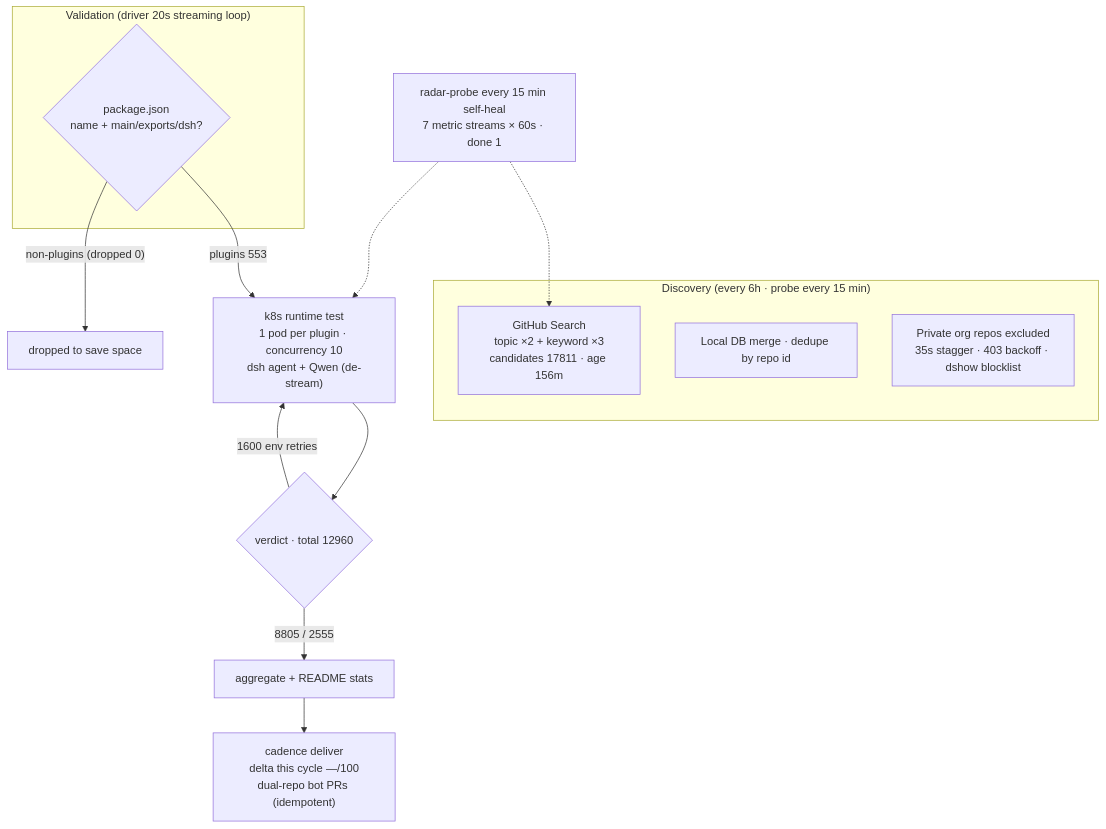
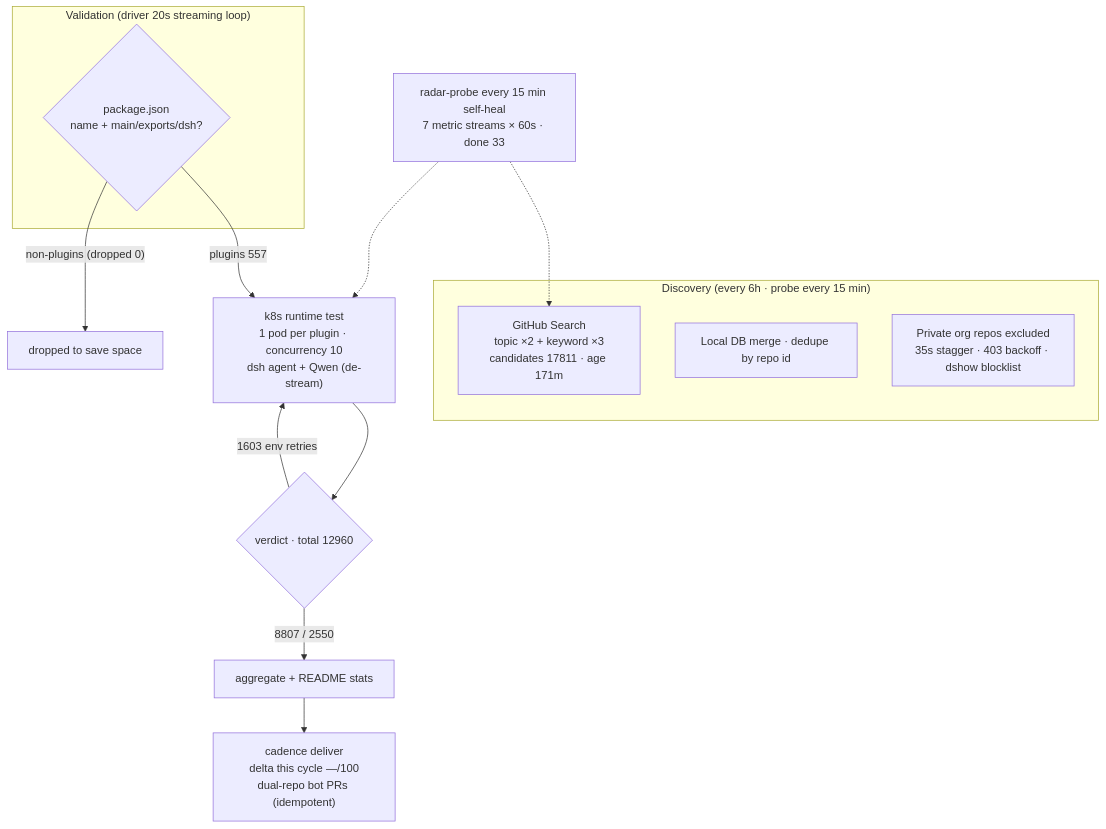
One commit to AdamPlatin123/awesome-dsh-plugins changed the diagram in README.en-US.md. Above: the diagram before and after it, drawn with Mermaid. The commit also changed other lines of this file and 5 other files, not shown here.

````diff
--- a/README.en-US.md
+++ b/README.en-US.md
@@ -45,20 +45,20 @@
 ```mermaid
 flowchart TB
     subgraph Discovery["Discovery (every 6h · probe every 15 min)"]
-        A1["GitHub Search<br/>topic ×2 + keyword ×3<br/>candidates 17811 · age 156m"]
+        A1["GitHub Search<br/>topic ×2 + keyword ×3<br/>candidates 17811 · age 171m"]
         A2["Local DB merge · dedupe by repo id"]
         A3["Private org repos excluded<br/>35s stagger · 403 backoff · dshow blocklist"]
     end
     subgraph Validation["Validation (driver 20s streaming loop)"]
         B1{"package.json<br/>name + main/exports/dsh?"}
     end
-    B1 -->|"plugins 553"| C1["k8s runtime test<br/>1 pod per plugin · concurrency 10<br/>dsh agent + Qwen (de-stream)"]
+    B1 -->|"plugins 557"| C1["k8s runtime test<br/>1 pod per plugin · concurrency 10<br/>dsh agent + Qwen (de-stream)"]
     B1 -->|"non-plugins (dropped 0)"| B3["dropped to save space"]
     C1 --> D1{"verdict · total 12960"}
-    D1 -->|"8805 / 2555"| E1["aggregate + README stats"]
-    D1 -->|"1600 env retries"| C1
+    D1 -->|"8807 / 2550"| E1["aggregate + README stats"]
+    D1 -->|"1603 env retries"| C1
     E1 --> E2["cadence deliver<br/>delta this cycle —/100<br/>dual-repo bot PRs (idempotent)"]
-    M["radar-probe every 15 min self-heal<br/>7 metric streams × 60s · done 1"]
+    M["radar-probe every 15 min self-heal<br/>7 metric streams × 60s · done 33"]
     M -.-> A1
     M -.-> C1
 ```
````
